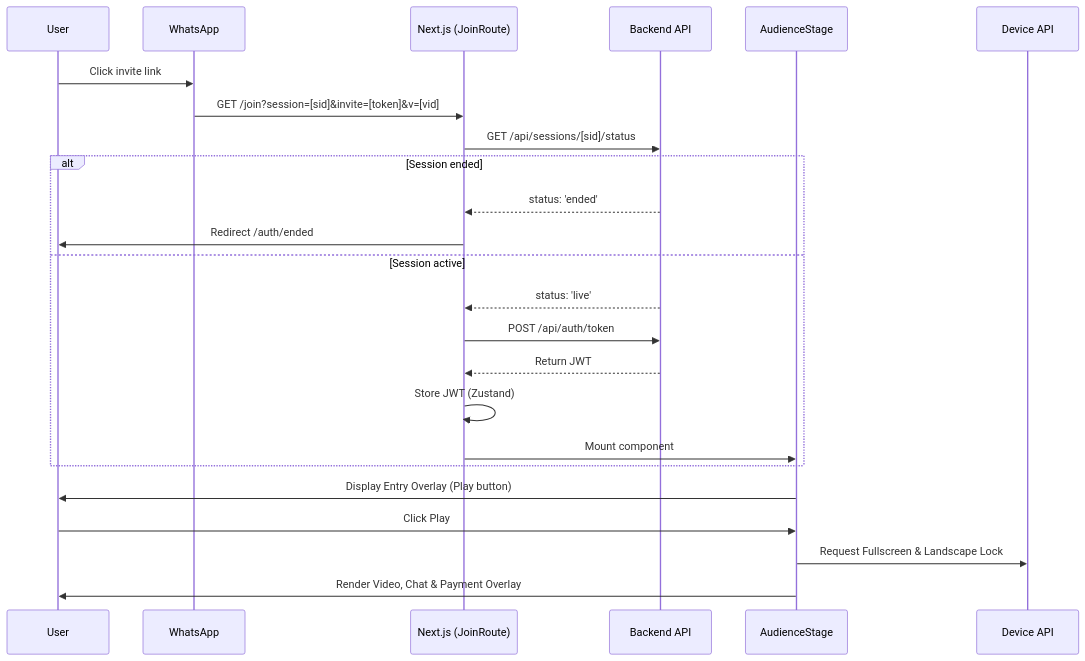
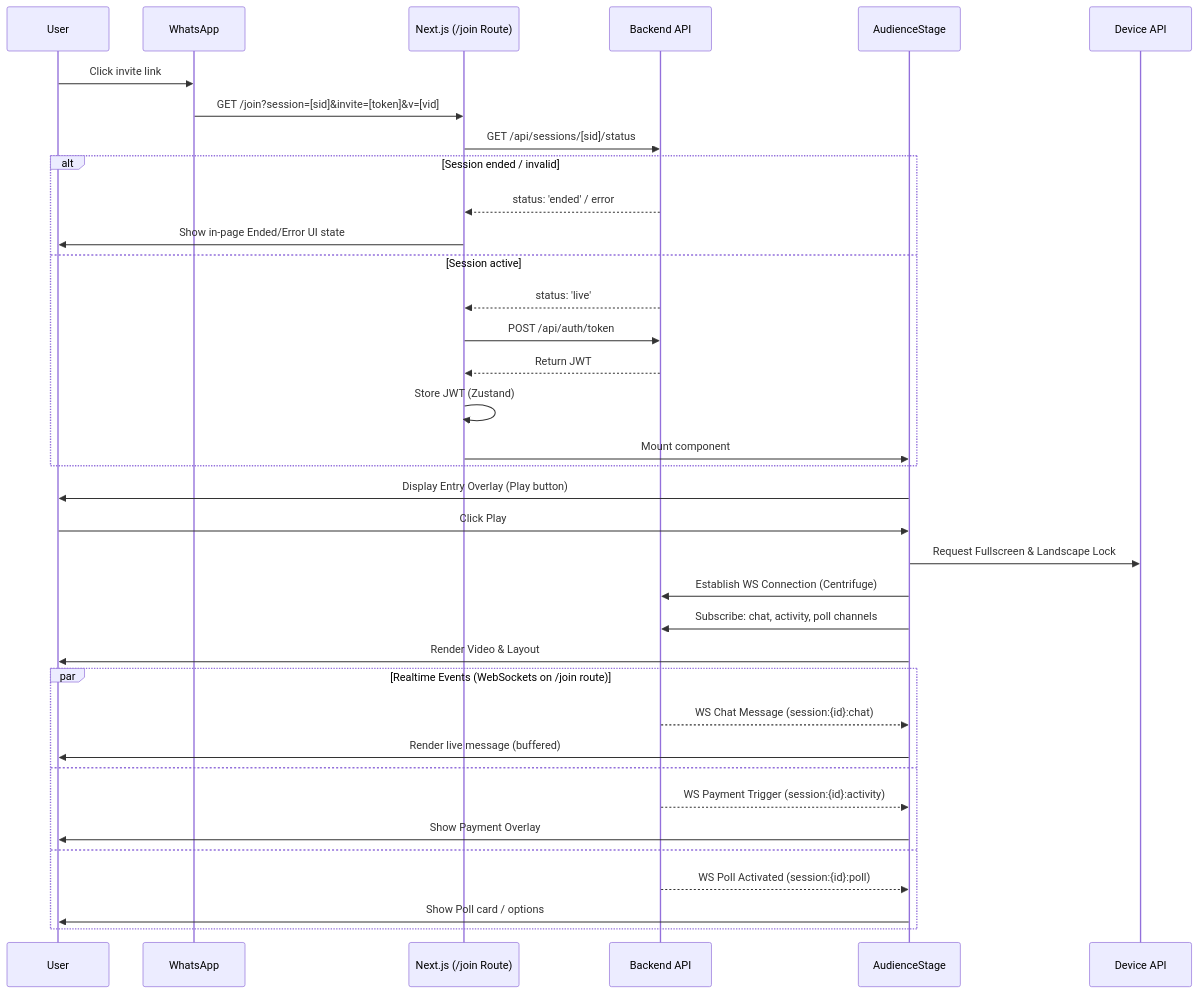
The diagram in docs/user-flow.md (dazzlerkumar/creator-poc), drawn with Mermaid before and after one commit. The commit also changed other lines of this file, not shown here.

Commit message:
docs: update user flow documentation to reflect realtime WebSocket

````diff
--- a/docs/user-flow.md
+++ b/docs/user-flow.md
@@ -5,29 +5,42 @@
 ```mermaid
 sequenceDiagram
     participant User
     participant WhatsApp
-    participant Next.js (JoinRoute)
+    participant Next.js (/join Route)
     participant Backend API
     participant AudienceStage
     participant Device API
 
     User->>WhatsApp: Click invite link
-    WhatsApp->>Next.js (JoinRoute): GET /join?session=[sid]&invite=[token]&v=[vid]
-    Next.js (JoinRoute)->>Backend API: GET /api/sessions/[sid]/status
+    WhatsApp->>Next.js (/join Route): GET /join?session=[sid]&invite=[token]&v=[vid]
+    Next.js (/join Route)->>Backend API: GET /api/sessions/[sid]/status
     
-    alt Session ended
-        Backend API-->>Next.js (JoinRoute): status: 'ended'
-        Next.js (JoinRoute)->>User: Redirect /auth/ended
+    alt Session ended / invalid
+        Backend API-->>Next.js (/join Route): status: 'ended' / error
+        Next.js (/join Route)->>User: Show in-page Ended/Error UI state
     else Session active
-        Backend API-->>Next.js (JoinRoute): status: 'live'
-        Next.js (JoinRoute)->>Backend API: POST /api/auth/token
-        Backend API-->>Next.js (JoinRoute): Return JWT
-        Next.js (JoinRoute)->>Next.js (JoinRoute): Store JWT (Zustand)
-        Next.js (JoinRoute)->>AudienceStage: Mount component
+        Backend API-->>Next.js (/join Route): status: 'live'
+        Next.js (/join Route)->>Backend API: POST /api/auth/token
+        Backend API-->>Next.js (/join Route): Return JWT
+        Next.js (/join Route)->>Next.js (/join Route): Store JWT (Zustand)
+        Next.js (/join Route)->>AudienceStage: Mount component
     end
 
     AudienceStage->>User: Display Entry Overlay (Play button)
     User->>AudienceStage: Click Play
     AudienceStage->>Device API: Request Fullscreen & Landscape Lock
-    AudienceStage->>User: Render Video, Chat & Payment Overlay
+    AudienceStage->>Backend API: Establish WS Connection (Centrifuge)
+    AudienceStage->>Backend API: Subscribe: chat, activity, poll channels
+    AudienceStage->>User: Render Video & Layout
+
+    par Realtime Events (WebSockets on /join route)
+        Backend API-->>AudienceStage: WS Chat Message (session:{id}:chat)
+        AudienceStage->>User: Render live message (buffered)
+    and
+        Backend API-->>AudienceStage: WS Payment Trigger (session:{id}:activity)
+        AudienceStage->>User: Show Payment Overlay
+    and
+        Backend API-->>AudienceStage: WS Poll Activated (session:{id}:poll)
+        AudienceStage->>User: Show Poll card / options
+    end
 ```
````
